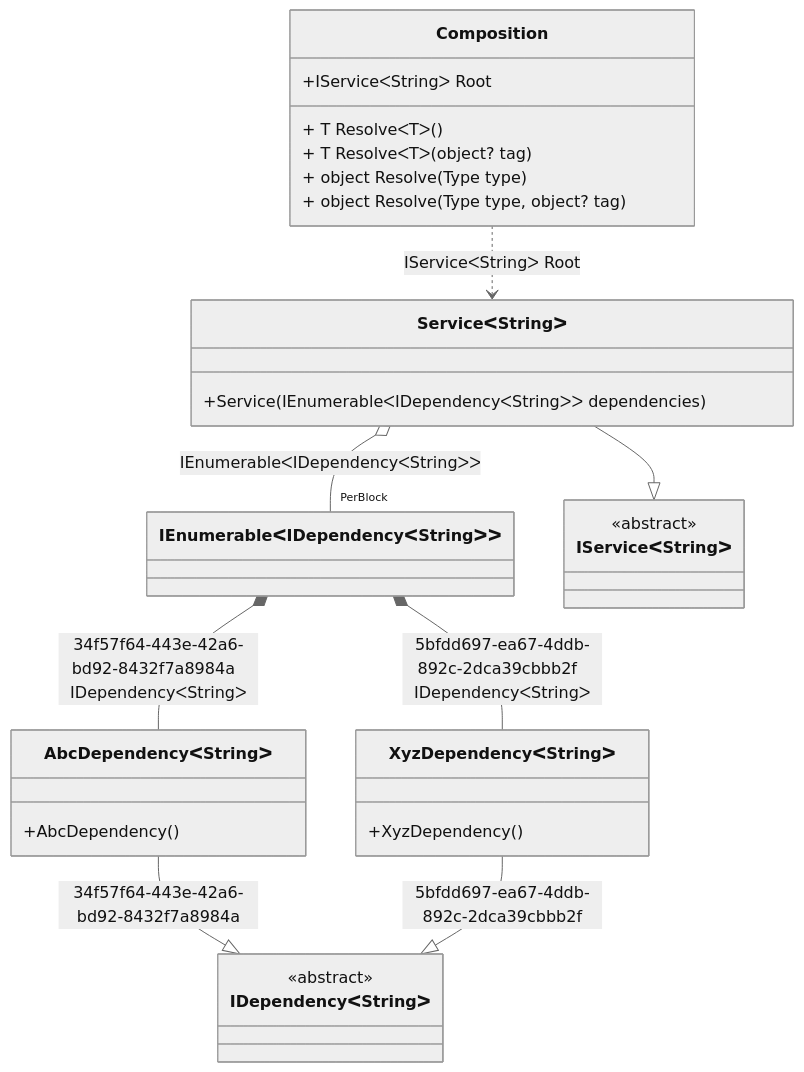
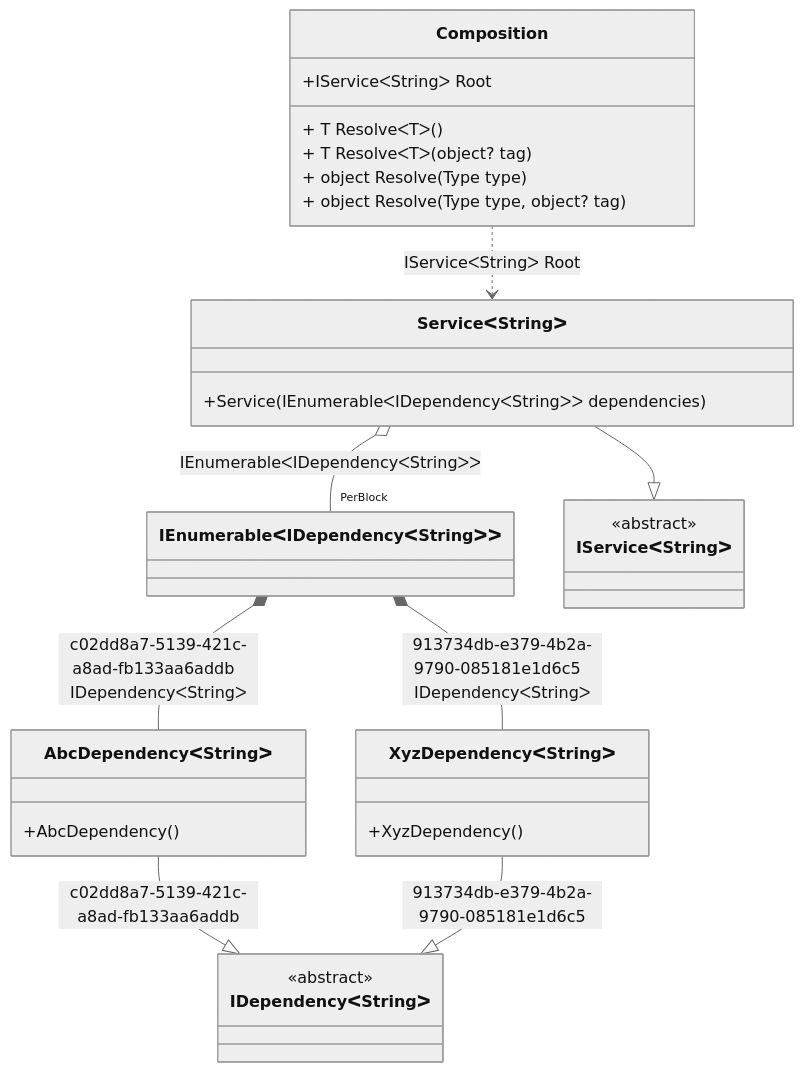
The diagram in readme/tag-unique.md (DevTeam/Pure.DI), drawn with Mermaid (neutral theme) before and after one commit. The commit also changed other lines of this file and 74 other files, not shown here.

````diff
--- a/readme/tag-unique.md
+++ b/readme/tag-unique.md
@@ -39,33 +39,33 @@
 ```mermaid
 classDiagram
   class Composition {
     +IServiceᐸStringᐳ Root
     + T ResolveᐸTᐳ()
     + T ResolveᐸTᐳ(object? tag)
     + object Resolve(Type type)
     + object Resolve(Type type, object? tag)
   }
   class IEnumerableᐸIDependencyᐸStringᐳᐳ
-  AbcDependencyᐸStringᐳ --|> IDependencyᐸStringᐳ : 34f57f64-443e-42a6-bd92-8432f7a8984a 
+  AbcDependencyᐸStringᐳ --|> IDependencyᐸStringᐳ : c02dd8a7-5139-421c-a8ad-fb133aa6addb 
   class AbcDependencyᐸStringᐳ {
     +AbcDependency()
   }
-  XyzDependencyᐸStringᐳ --|> IDependencyᐸStringᐳ : 5bfdd697-ea67-4ddb-892c-2dca39cbbb2f 
+  XyzDependencyᐸStringᐳ --|> IDependencyᐸStringᐳ : 913734db-e379-4b2a-9790-085181e1d6c5 
   class XyzDependencyᐸStringᐳ {
     +XyzDependency()
   }
   ServiceᐸStringᐳ --|> IServiceᐸStringᐳ : 
   class ServiceᐸStringᐳ {
     +Service(IEnumerableᐸIDependencyᐸStringᐳᐳ dependencies)
   }
   class IDependencyᐸStringᐳ {
     <<abstract>>
   }
   class IServiceᐸStringᐳ {
     <<abstract>>
   }
-  IEnumerableᐸIDependencyᐸStringᐳᐳ *--  AbcDependencyᐸStringᐳ : 34f57f64-443e-42a6-bd92-8432f7a8984a  IDependencyᐸStringᐳ
-  IEnumerableᐸIDependencyᐸStringᐳᐳ *--  XyzDependencyᐸStringᐳ : 5bfdd697-ea67-4ddb-892c-2dca39cbbb2f  IDependencyᐸStringᐳ
+  IEnumerableᐸIDependencyᐸStringᐳᐳ *--  AbcDependencyᐸStringᐳ : c02dd8a7-5139-421c-a8ad-fb133aa6addb  IDependencyᐸStringᐳ
+  IEnumerableᐸIDependencyᐸStringᐳᐳ *--  XyzDependencyᐸStringᐳ : 913734db-e379-4b2a-9790-085181e1d6c5  IDependencyᐸStringᐳ
   Composition ..> ServiceᐸStringᐳ : IServiceᐸStringᐳ Root
   ServiceᐸStringᐳ o--  "PerBlock" IEnumerableᐸIDependencyᐸStringᐳᐳ : IEnumerableᐸIDependencyᐸStringᐳᐳ
 ```
````
